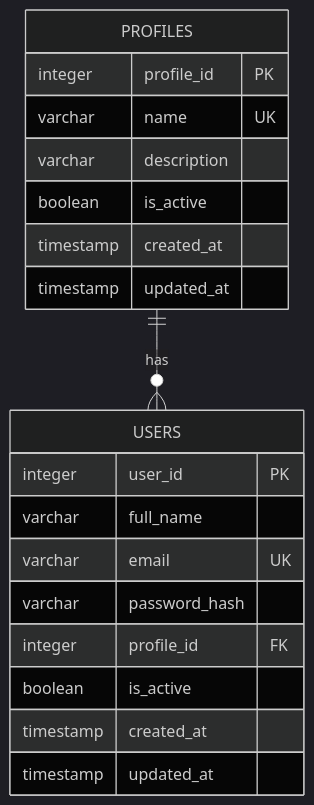
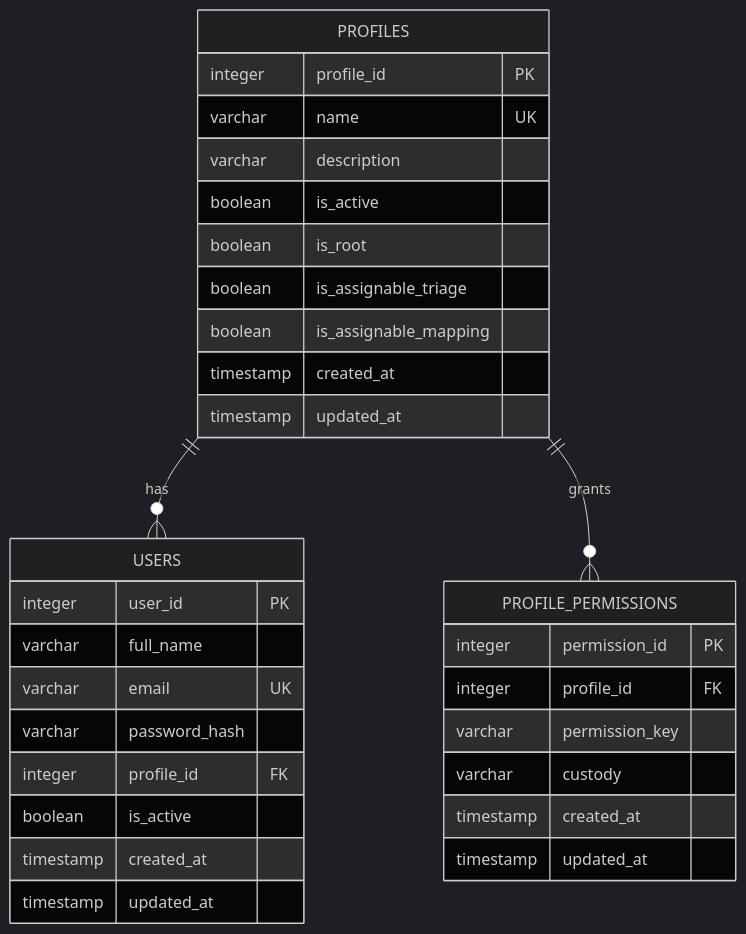
One commit to NEO-Kaizen/backend changed the diagram in docs/database/authentication-persistence.md. Above: the diagram before and after it, drawn with Mermaid (dark theme). The commit also changed other lines of this file and 21 other files, not shown here.

Commit message:
feat(rbac): add permission engine and session permissions

````diff
--- a/docs/database/authentication-persistence.md
+++ b/docs/database/authentication-persistence.md
@@ -31,24 +31,37 @@
 ```mermaid
 erDiagram
     PROFILES ||--o{ USERS : has
+    PROFILES ||--o{ PROFILE_PERMISSIONS : grants
 
     PROFILES {
         integer profile_id PK
         varchar name UK
         varchar description
         boolean is_active
+        boolean is_root
+        boolean is_assignable_triage
+        boolean is_assignable_mapping
+        timestamp created_at
+        timestamp updated_at
+    }
+
+    PROFILE_PERMISSIONS {
+        integer permission_id PK
+        integer profile_id FK
+        varchar permission_key
+        varchar custody
         timestamp created_at
         timestamp updated_at
     }
 
     USERS {
         integer user_id PK
         varchar full_name
         varchar email UK
         varchar password_hash
         integer profile_id FK
         boolean is_active
         timestamp created_at
         timestamp updated_at
     }
 ```
````
